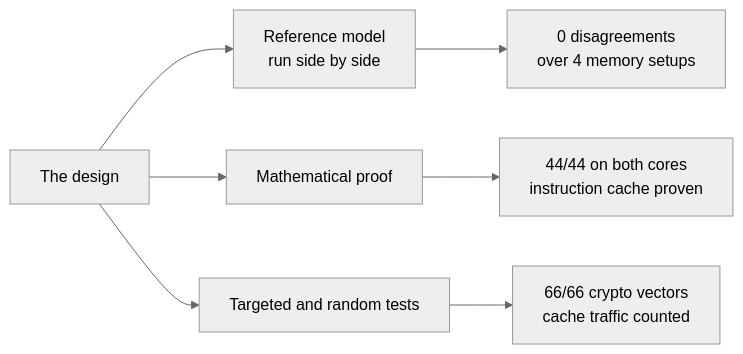
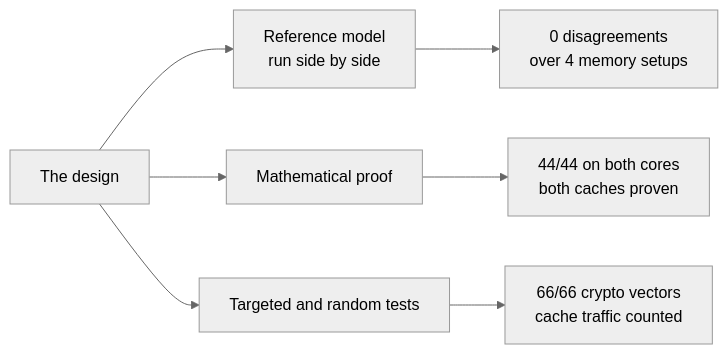
The second of 3 diagrams in README.md (VineetChadalavada/tinyTrust), drawn with Mermaid (neutral theme) before and after one commit. The commit also changed other lines of this file and 53 other files, not shown here.

First line of the commit message:
S2: the data cache is proven, unbounded, by k-induction - and P3 closes

````diff
--- a/README.md
+++ b/README.md
@@ -144,13 +145,13 @@
 ```mermaid
 flowchart LR
     RTL["The design"]
     ISS["Reference model<br/>run side by side"]
     FV["Mathematical proof"]
     TB["Targeted and random tests"]
     RTL --> ISS
     RTL --> FV
     RTL --> TB
     ISS --> R["0 disagreements<br/>over 4 memory setups"]
-    FV --> R2["44/44 on both cores<br/>instruction cache proven"]
+    FV --> R2["44/44 on both cores<br/>both caches proven"]
     TB --> R3["66/66 crypto vectors<br/>cache traffic counted"]
 ```
````
